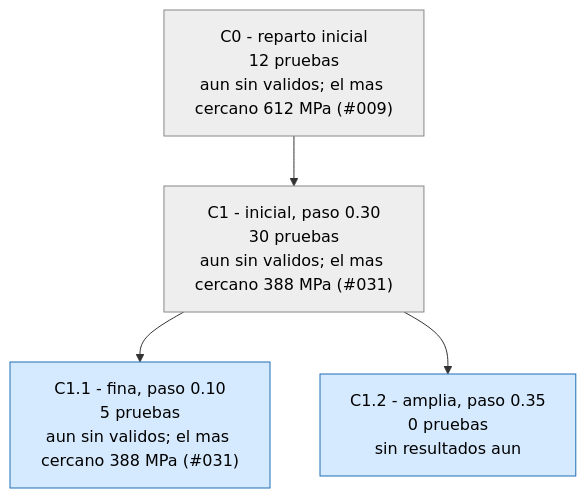
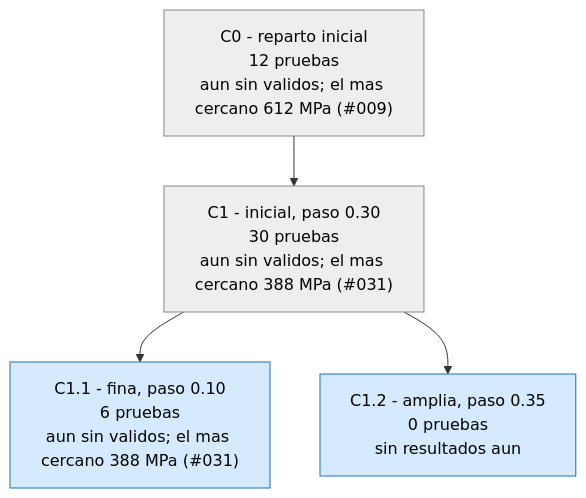
Before and after one commit to Hugiko/msd-soporte-optimizacion: the third of 3 diagrams in runs/opt_37800N/ARBOL.md, drawn with Mermaid. The commit also changed 19 other files, not shown here.

````diff
--- a/runs/opt_37800N/ARBOL.md
+++ b/runs/opt_37800N/ARBOL.md
@@ -47,13 +47,13 @@
 ```mermaid
 graph TD
 classDef activa fill:#d6eaff,stroke:#1f6fb5,color:#000
 classDef fin fill:#eeeeee,stroke:#888,color:#000
 classDef mejor fill:#c8f0c0,stroke:#1a9850,stroke-width:4px,color:#000
 C0["C0 - reparto inicial<br/>12 pruebas<br/>aun sin validos; el mas cercano 612 MPa (#009)"]:::fin
 C1["C1 - inicial, paso 0.30<br/>30 pruebas<br/>aun sin validos; el mas cercano 388 MPa (#031)"]:::fin
 C0 --> C1
-C1_1["C1.1 - fina, paso 0.10<br/>5 pruebas<br/>aun sin validos; el mas cercano 388 MPa (#031)"]:::activa
+C1_1["C1.1 - fina, paso 0.10<br/>6 pruebas<br/>aun sin validos; el mas cercano 388 MPa (#031)"]:::activa
 C1 --> C1_1
 C1_2["C1.2 - amplia, paso 0.35<br/>0 pruebas<br/>sin resultados aun"]:::activa
 C1 --> C1_2
 ```
````
